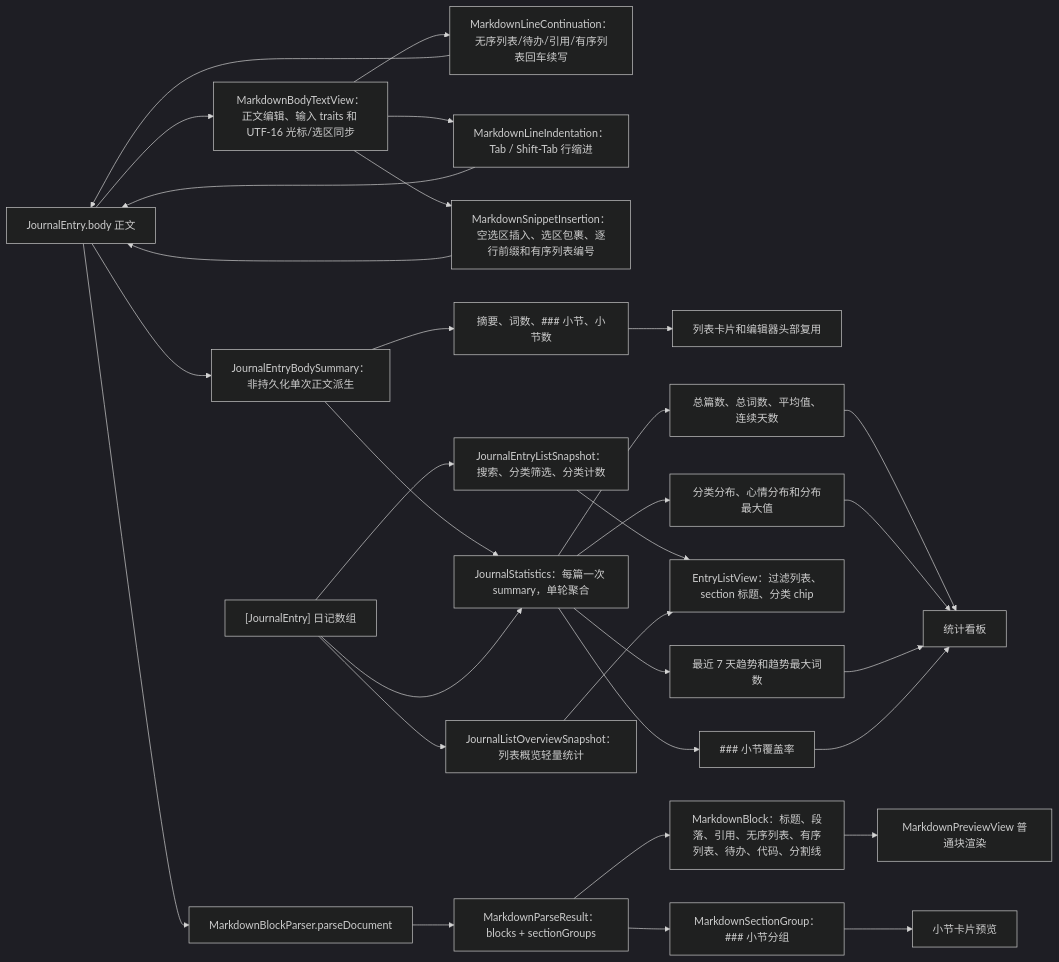
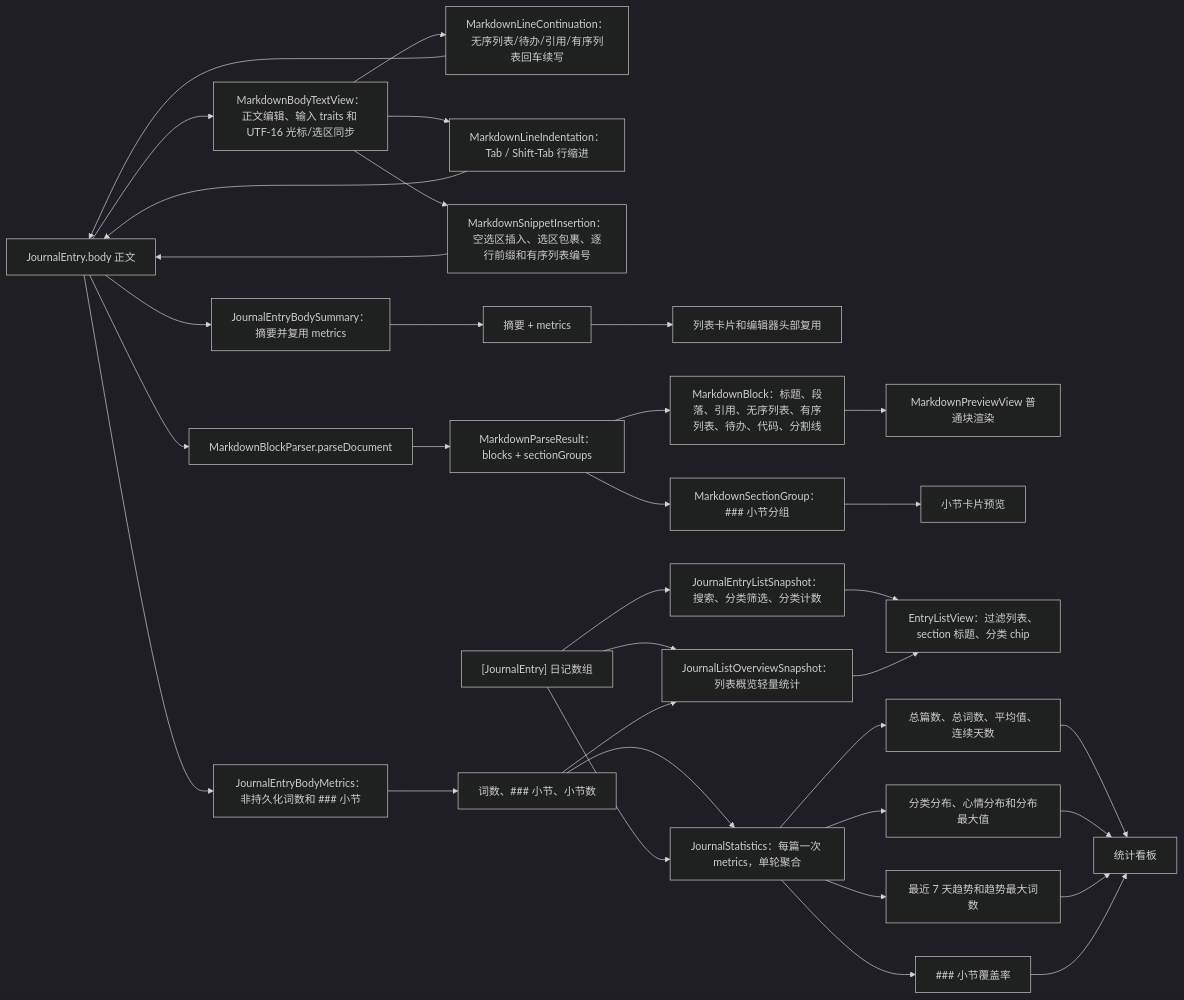
Before and after one commit to Altman-sam114/117: the fourth of 6 diagrams in md/flow/flowchart.md, drawn with Mermaid (dark theme). The commit also changed other lines of this file and 10 other files, not shown here.

````diff
--- a/md/flow/flowchart.md
+++ b/md/flow/flowchart.md
@@ -117,33 +119,36 @@
 ```mermaid
 flowchart LR
-  Body["JournalEntry.body 正文"] --> Summary["JournalEntryBodySummary：非持久化单次正文派生"]
+  Body["JournalEntry.body 正文"] --> MetricsNode2["JournalEntryBodyMetrics：非持久化词数和 ### 小节"]
+  Body --> Summary["JournalEntryBodySummary：摘要并复用 metrics"]
   Body --> BodyText["MarkdownBodyTextView：正文编辑、输入 traits 和 UTF-16 光标/选区同步"]
   BodyText --> ContinueRule["MarkdownLineContinuation：无序列表/待办/引用/有序列表回车续写"]
   ContinueRule --> Body
   BodyText --> IndentRule["MarkdownLineIndentation：Tab / Shift-Tab 行缩进"]
   IndentRule --> Body
   BodyText --> InsertRule["MarkdownSnippetInsertion：空选区插入、选区包裹、逐行前缀和有序列表编号"]
   InsertRule --> Body
-  Summary --> Excerpt["摘要、词数、### 小节、小节数"]
+  MetricsNode2 --> MetricsData["词数、### 小节、小节数"]
+  Summary --> Excerpt["摘要 + metrics"]
   Excerpt --> RowEditor["列表卡片和编辑器头部复用"]
-  Summary --> Statistics["JournalStatistics：每篇一次 summary，单轮聚合"]
+  MetricsData --> Statistics["JournalStatistics：每篇一次 metrics，单轮聚合"]
   Body --> Parse["MarkdownBlockParser.parseDocument"]
   Parse --> Result["MarkdownParseResult：blocks + sectionGroups"]
   Result --> Blocks["MarkdownBlock：标题、段落、引用、无序列表、有序列表、待办、代码、分割线"]
   Blocks --> Preview["MarkdownPreviewView 普通块渲染"]
   Result --> Sections["MarkdownSectionGroup：### 小节分组"]
   Sections --> SectionPreview["小节卡片预览"]
   Entries["[JournalEntry] 日记数组"] --> Statistics
   Entries --> ListSnapshot2["JournalEntryListSnapshot：搜索、分类筛选、分类计数"]
   ListSnapshot2 --> ListView["EntryListView：过滤列表、section 标题、分类 chip"]
   Entries --> ListOverview2["JournalListOverviewSnapshot：列表概览轻量统计"]
+  MetricsData --> ListOverview2
   ListOverview2 --> ListView
   Statistics --> Metrics["总篇数、总词数、平均值、连续天数"]
   Statistics --> Distributions["分类分布、心情分布和分布最大值"]
   Statistics --> Trend["最近 7 天趋势和趋势最大词数"]
   Statistics --> Coverage["### 小节覆盖率"]
   Metrics --> Dashboard["统计看板"]
   Distributions --> Dashboard
   Trend --> Dashboard
   Coverage --> Dashboard
 ```
````
